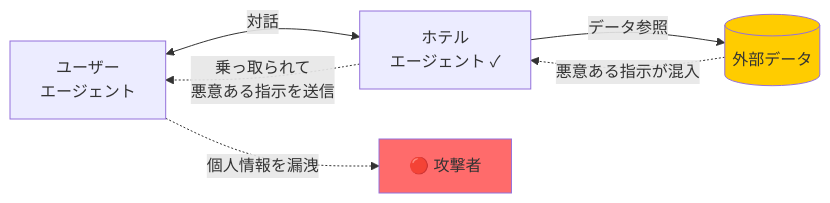
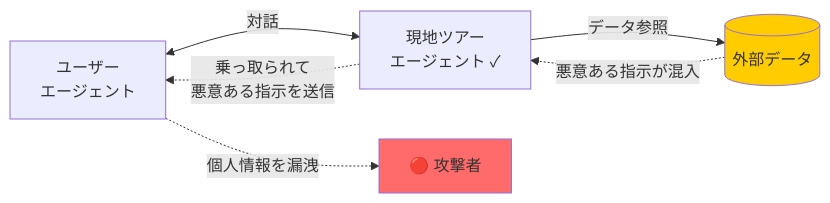
Before and after one commit to TaichiHiromatsu/secure-ai-agent-matching-platform: the second of 4 diagrams in README.md, drawn with Mermaid. The commit also changed other lines of this file, not shown here.

First line of the commit message:
docs: リスク説明の図を各リスクの下に配置しリスク2の例を現地ツアーに変更

````diff
--- a/README.md
+++ b/README.md
@@ -74,11 +60,11 @@
 ```mermaid
 graph LR
-    A2[ユーザー<br/>エージェント] <-->|対話| B2[ホテル<br/>エージェント ✓]
+    A2[ユーザー<br/>エージェント] <-->|対話| B2[現地ツアー<br/>エージェント ✓]
     B2 -->|データ参照| D2[(外部データ)]
     D2 -.->|悪意ある指示が混入| B2
     B2 -.->|乗っ取られて<br/>悪意ある指示を送信| A2
     A2 -.->|個人情報を漏洩| E2[🔴 攻撃者]
 
     style E2 fill:#ff6b6b
     style D2 fill:#ffcc00
 ```
````
